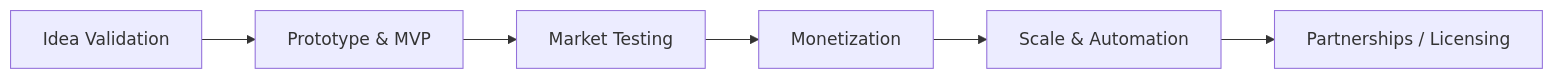
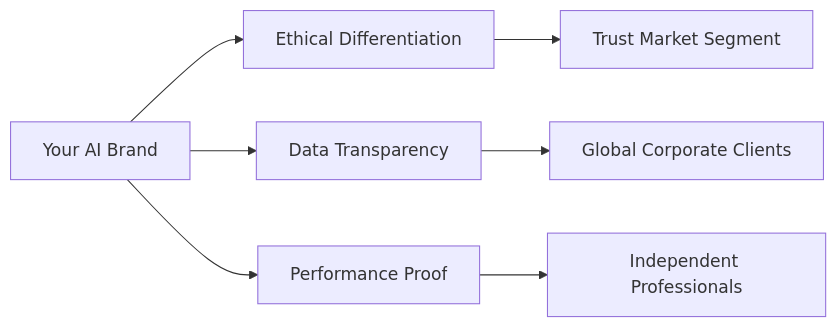
One commit to emcdo411/practical-ai-advantage-course changed the first of 2 diagrams in day6.md. Above: the diagram before and after it, drawn with Mermaid. The commit also changed other lines of this file, not shown here.

`````diff
--- a/day6.md
+++ b/day6.md
@@ -95,8 +95,9 @@
 ```mermaid
-flowchart LR
-    A[Idea Validation] --> B[Prototype & MVP]
-    B --> C[Market Testing]
-    C --> D[Monetization]
-    D --> E[Scale & Automation]
-    E --> F[Partnerships / Licensing]
+graph LR
+    A[Your AI Brand] --> B[Ethical Differentiation]
+    A --> C[Data Transparency]
+    A --> D[Performance Proof]
+    B --> E[Trust Market Segment]
+    C --> F[Global Corporate Clients]
+    D --> G[Independent Professionals]
 ````
`````
